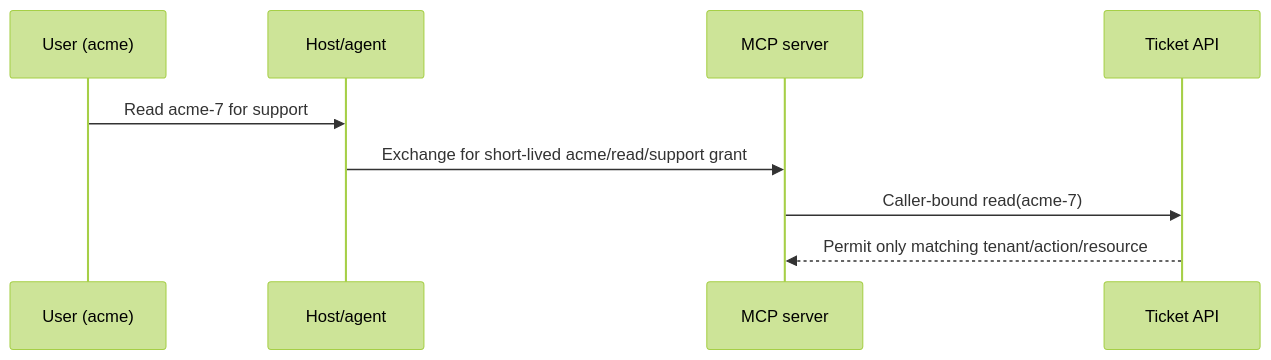
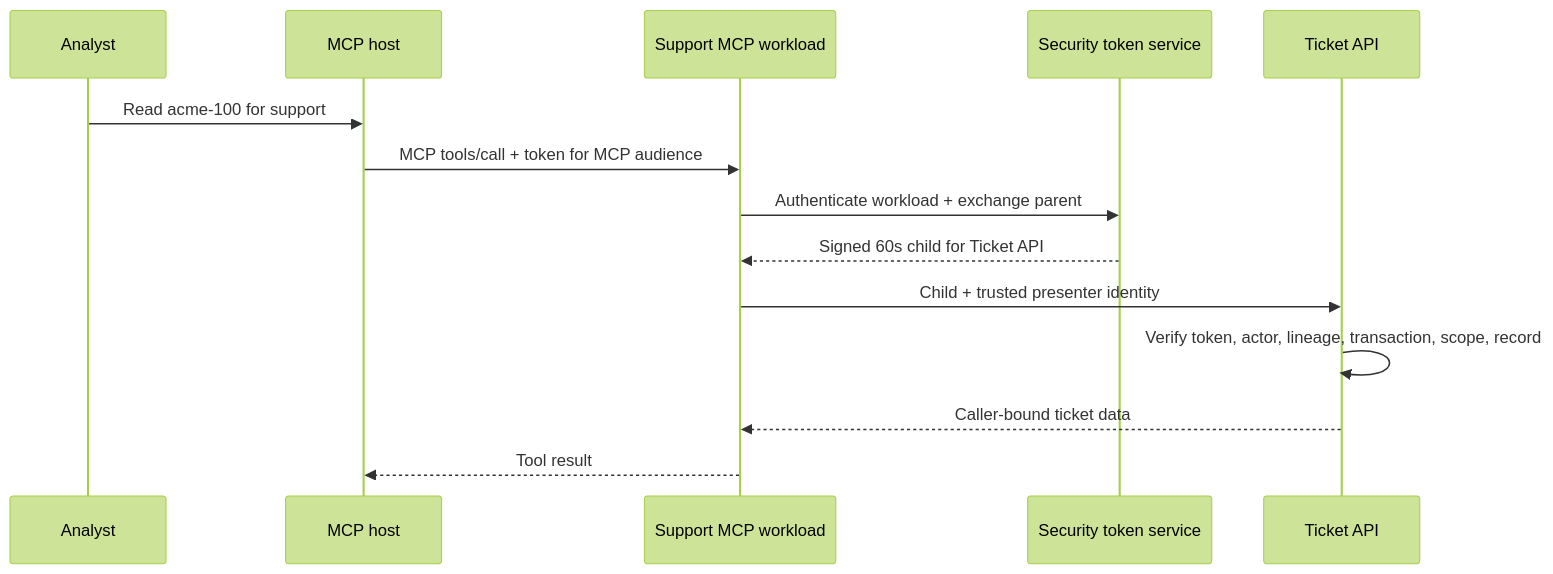
Before and after one commit to mahsa-teimourikia/mcp-security: the diagram in curriculum/intermediate/08-delegation-token-exchange-confused-deputy/README.md, drawn with Mermaid (forest theme). The commit also changed other lines of this file and 5 other files, not shown here.

````diff
--- a/curriculum/intermediate/08-delegation-token-exchange-confused-deputy/README.md
+++ b/curriculum/intermediate/08-delegation-token-exchange-confused-deputy/README.md
@@ -18,11 +64,16 @@
 ```mermaid
 sequenceDiagram
- participant U as User (acme)
- participant H as Host/agent
- participant S as MCP server
- participant A as Ticket API
- U->>H: Read acme-7 for support
- H->>S: Exchange for short-lived acme/read/support grant
- S->>A: Caller-bound read(acme-7)
- A-->>S: Permit only matching tenant/action/resource
+    participant U as Analyst
+    participant H as MCP host
+    participant M as Support MCP workload
+    participant S as Security token service
+    participant T as Ticket API
+    U->>H: Read acme-100 for support
+    H->>M: MCP tools/call + token for MCP audience
+    M->>S: Authenticate workload + exchange parent
+    S-->>M: Signed 60s child for Ticket API
+    M->>T: Child + trusted presenter identity
+    T->>T: Verify token, actor, lineage, transaction, scope, record
+    T-->>M: Caller-bound ticket data
+    M-->>H: Tool result
 ```
````
